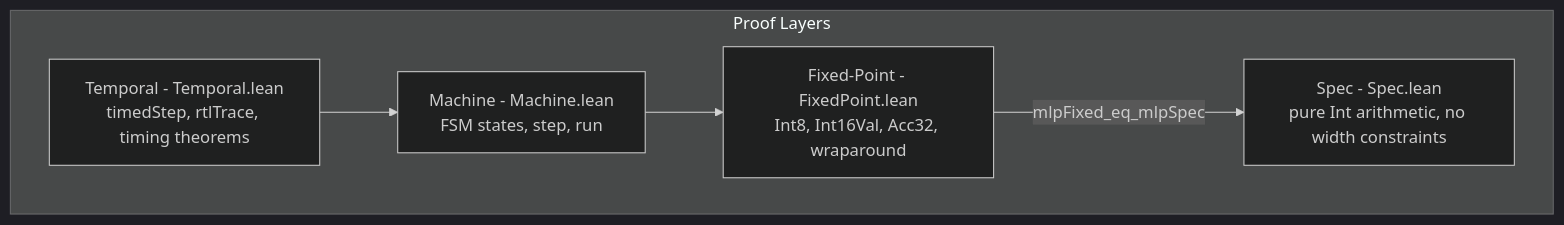
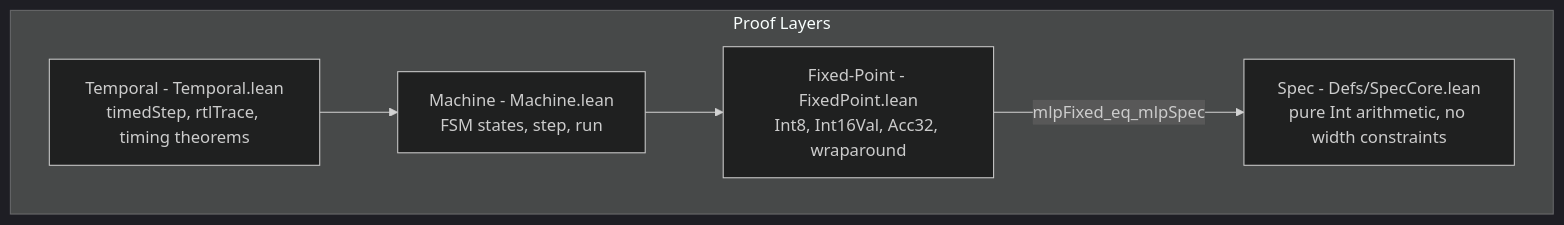
One commit to dfdgsdfg/ann-rtl-lean-poc changed the fourth of 6 diagrams in docs/from-ann-to-proven-hardware.md. Above: the diagram before and after it, drawn with Mermaid (dark theme). The commit also changed other lines of this file and 33 other files, not shown here.

First line of the commit message:
Add RTL reactive synthesis pipeline and update Lean spec path

````diff
--- a/docs/from-ann-to-proven-hardware.md
+++ b/docs/from-ann-to-proven-hardware.md
@@ -187,12 +187,12 @@
 ```mermaid
 graph TB
     subgraph "Proof Layers"
         T["Temporal - Temporal.lean<br/>timedStep, rtlTrace, timing theorems"]
         M["Machine - Machine.lean<br/>FSM states, step, run"]
         F["Fixed-Point - FixedPoint.lean<br/>Int8, Int16Val, Acc32, wraparound"]
-        S["Spec - Spec.lean<br/>pure Int arithmetic, no width constraints"]
+        S["Spec - Defs/SpecCore.lean<br/>pure Int arithmetic, no width constraints"]
     end
     T --> M
     M --> F
     F -->|mlpFixed_eq_mlpSpec| S
 ```
````
